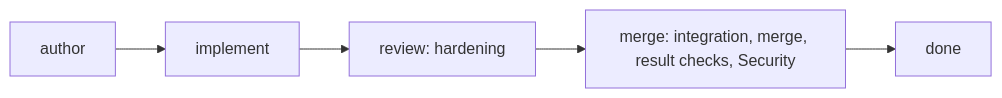
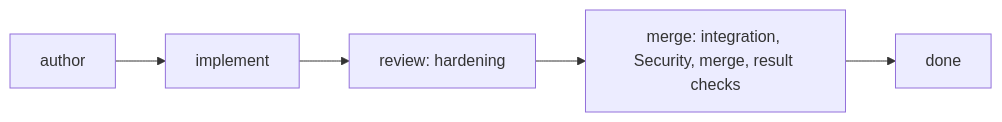
The diagram in docs/reference/sessions.md (axolotl-logic-io/ecosystem), drawn with Mermaid before and after one commit. The commit also changed other lines of this file and 29 other files, not shown here.

````diff
--- a/docs/reference/sessions.md
+++ b/docs/reference/sessions.md
@@ -9,4 +9,4 @@
 ```mermaid
 flowchart LR
-  author --> implement --> review["review: hardening"] --> merge["merge: integration, merge, result checks, Security"] --> done
+  author --> implement --> review["review: hardening"] --> merge["merge: integration, Security, merge, result checks"] --> done
 ```
````
